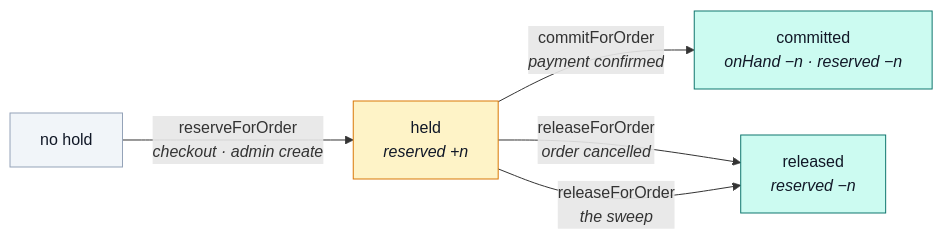
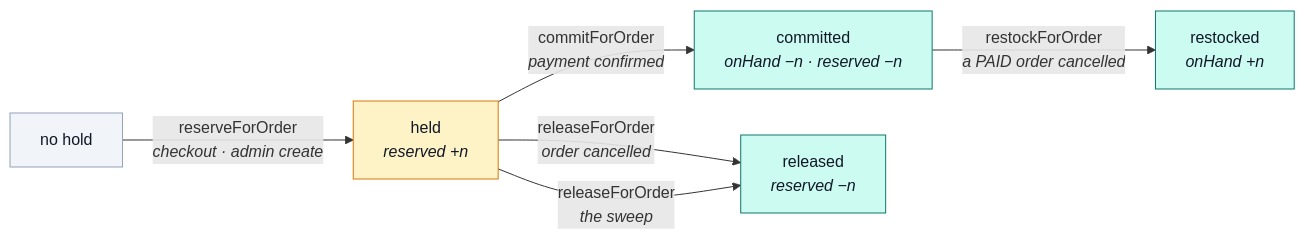
Before and after one commit to Guebbit/boilerplate-node-backend: the diagram in docs/modules/inventory-reservations.md, drawn with Mermaid. The commit also changed other lines of this file and 9 other files, not shown here.

First line of the commit message:
fix(orders): restock a cancelled order's committed units

````diff
--- a/docs/modules/inventory-reservations.md
+++ b/docs/modules/inventory-reservations.md
@@ -18,15 +18,16 @@
 ```mermaid
 %%{init: {'flowchart': {'nodeSpacing': 34, 'rankSpacing': 60}}}%%
 flowchart LR
     N["no hold"] -->|"reserveForOrder<br/><i>checkout · admin create</i>"| H["held<br/><i>reserved +n</i>"]
     H -->|"commitForOrder<br/><i>payment confirmed</i>"| C["committed<br/><i>onHand −n · reserved −n</i>"]
     H -->|"releaseForOrder<br/><i>order cancelled</i>"| R["released<br/><i>reserved −n</i>"]
     H -->|"releaseForOrder<br/><i>the sweep</i>"| R
+    C -->|"restockForOrder<br/><i>a PAID order cancelled</i>"| S["restocked<br/><i>onHand +n</i>"]
 
     classDef open fill:#fef3c7,stroke:#d97706,color:#111827;
     classDef done fill:#ccfbf1,stroke:#0f766e,color:#111827;
     classDef none fill:#f1f5f9,stroke:#94a3b8,color:#111827;
     class H open;
-    class C,R done;
+    class C,R,S done;
     class N none;
 ```
````
